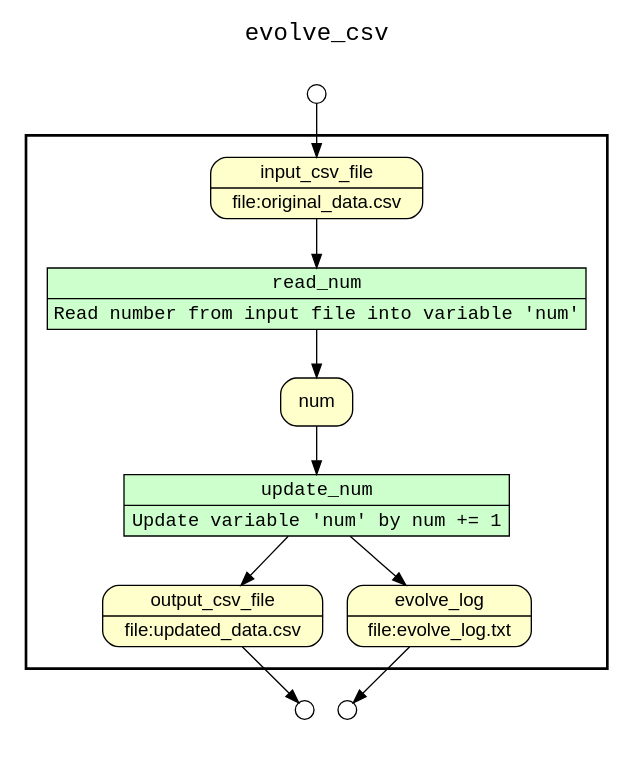
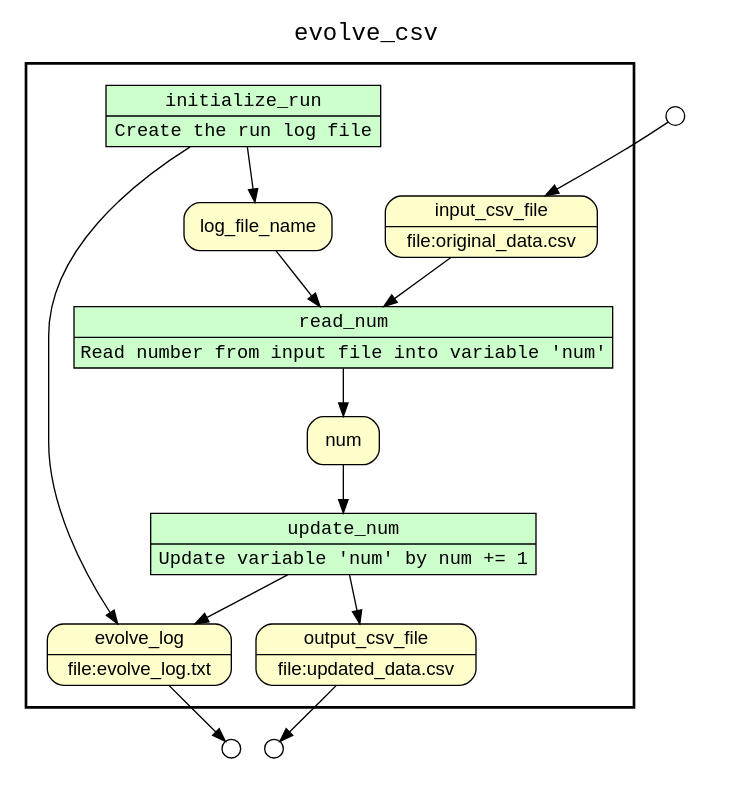
Before and after one commit to kurator-org/kurator-YW: the diagram in examples/csv_evolution/yw/combined.gv, drawn with Graphviz. The commit also changed 22 other files, not shown here.

```diff
--- a/examples/csv_evolution/yw/combined.gv
+++ b/examples/csv_evolution/yw/combined.gv
@@ -1,80 +1,85 @@
 
 /* Start of top-level graph */
 digraph Workflow {
 rankdir=TB
 
 /* Title for graph */
 fontname=Courier; fontsize=18; labelloc=t
 label=evolve_csv
 
 /* Start of double cluster for drawing box around nodes in workflow */
 subgraph cluster_workflow_box_outer { label=""; color=black; penwidth=2
 subgraph cluster_workflow_box_inner { label=""; color=white
 
 /* Style for nodes representing atomic programs in workflow */
 node[shape=box style=filled fillcolor="#CCFFCC" peripheries=1 fontname=Courier]
 
 /* Nodes representing atomic programs in workflow */
+initialize_run [shape=record rankdir=LR label="{<f0> initialize_run |<f1> Create the run log file}"];
 read_num [shape=record rankdir=LR label="{<f0> read_num |<f1> Read number from input file into variable 'num'}"];
 update_num [shape=record rankdir=LR label="{<f0> update_num |<f1> Update variable 'num' by num += 1}"];
 
 /* Style for nodes representing non-parameter data channels in workflow */
 node[shape=box style="rounded,filled" fillcolor="#FFFFCC" peripheries=1 fontname=Helvetica]
 
 /* Nodes for non-parameter data channels in workflow */
 output_csv_file [shape=record rankdir=LR label="{<f0> output_csv_file |<f1> file\:updated_data.csv}"];
 evolve_log [shape=record rankdir=LR label="{<f0> evolve_log |<f1> file\:evolve_log.txt}"];
 input_csv_file [shape=record rankdir=LR label="{<f0> input_csv_file |<f1> file\:original_data.csv}"];
+log_file_name
 num
 
 /* Style for nodes representing parameter channels in workflow */
 node[shape=box style="rounded,filled" fillcolor="#FCFCFC" peripheries=1 fontname=Helvetica]
 
 /* Nodes representing parameter channels in workflow */
 
 /* Edges representing connections between programs and channels */
+initialize_run -> evolve_log
+initialize_run -> log_file_name
 read_num -> num
 input_csv_file -> read_num
+log_file_name -> read_num
 update_num -> output_csv_file
 update_num -> evolve_log
 num -> update_num
 
 /* End of double cluster for drawing box around nodes in workflow */
 }}
 
 /* Hidden double-cluster for grouping workflow input ports */
 subgraph cluster_input_ports_group_outer { label=""; color=white
 subgraph cluster_input_ports_group_inner { label=""; color=white
 
 /* Style for nodes representing workflow input ports */
 node[shape=circle style="rounded,filled" fillcolor="#FFFFFF" peripheries=1 fontname=Helvetica width=0.2]
 
 /* Nodes representing workflow input ports */
 input_csv_file_input_port [label=""]
 
 /* End of double-cluster for grouping workflow input ports */
 }}
 
 /* Hidden double-cluster for grouping workflow output ports */
 subgraph cluster_output_ports_group_outer { label=""; color=white
 subgraph cluster_output_ports_group_inner { label=""; color=white
 
 /* Style for nodes representing workflow output ports */
 node[shape=circle style="rounded,filled" fillcolor="#FFFFFF" peripheries=1 fontname=Helvetica width=0.2]
 
 /* Nodes representing workflow output ports */
 output_csv_file_output_port [label=""]
 evolve_log_output_port [label=""]
 
 /* End of double-cluster for grouping workflow output ports */
 }}
 
 /* Edges from input ports to channels */
 input_csv_file_input_port -> input_csv_file
 
 /* Edges from channels to output ports */
 output_csv_file -> output_csv_file_output_port
 evolve_log -> evolve_log_output_port
 
 /* End of top-level graph */
 }
```
